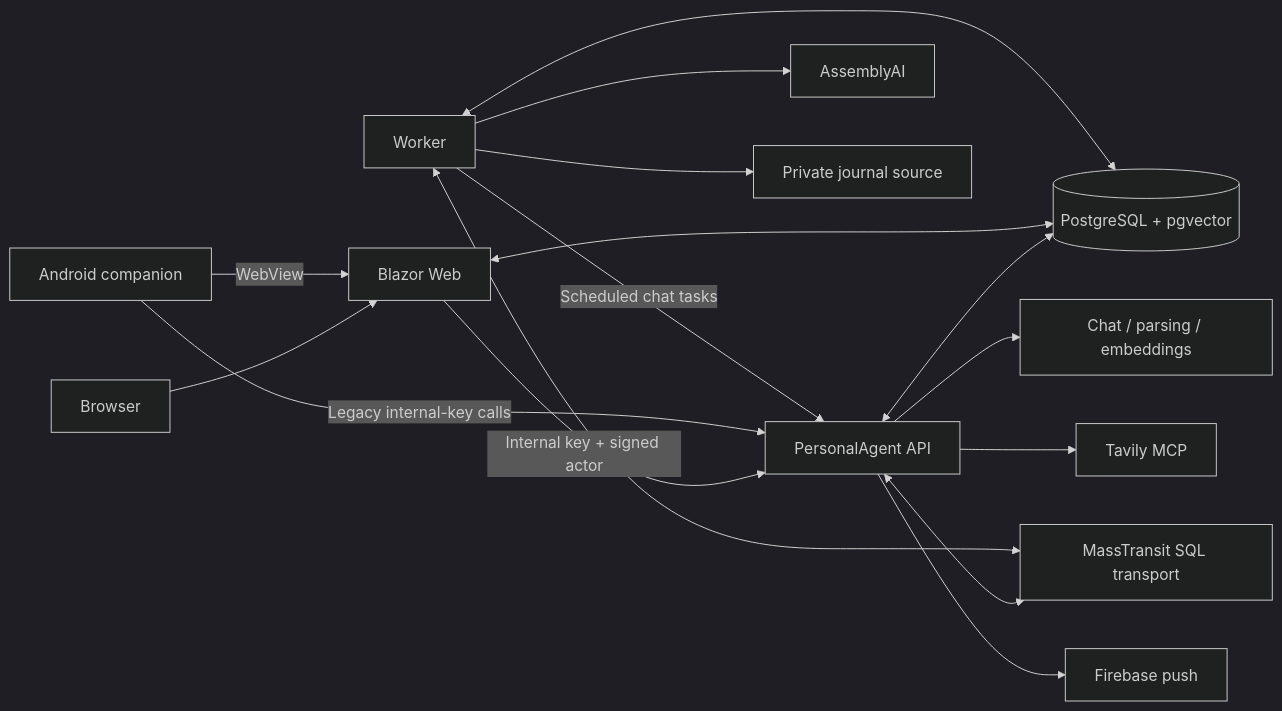
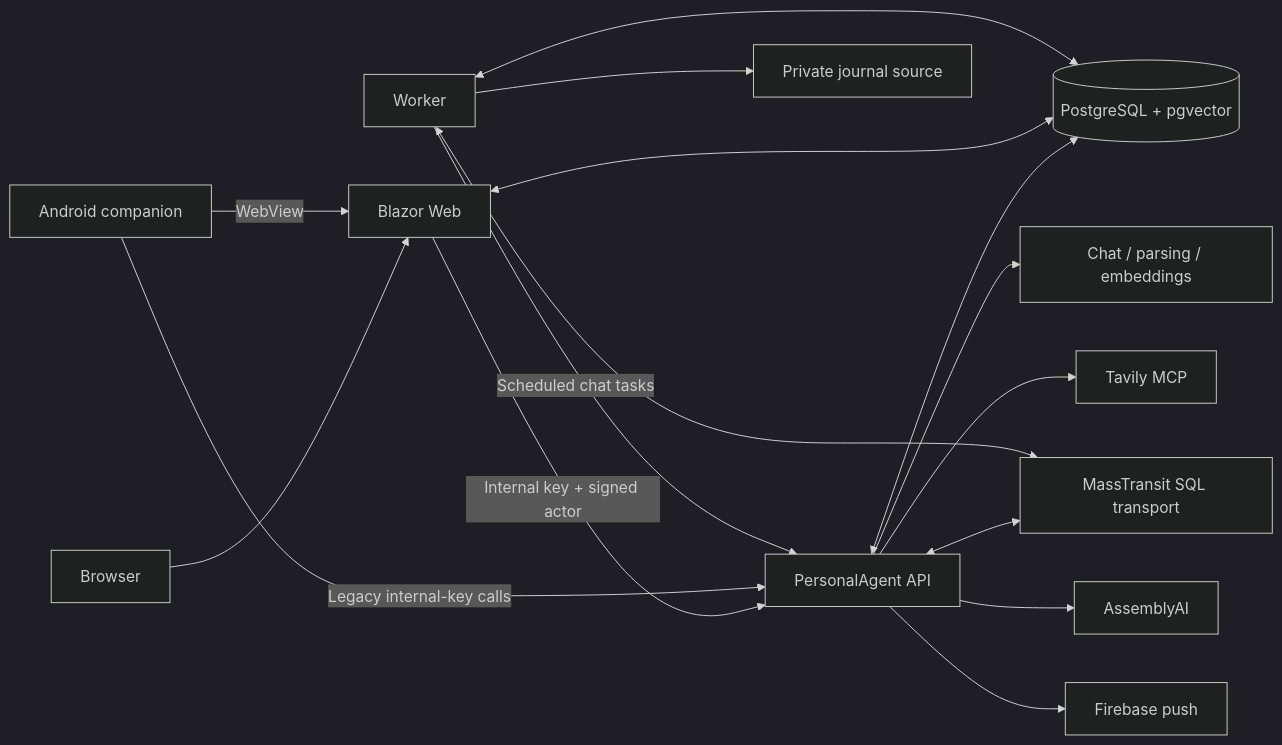
Before and after one commit to memarino92/AgentPlayground: the diagram in docs/architecture.md, drawn with Mermaid (dark theme). The commit also changed other lines of this file and 32 other files, not shown here.

````diff
--- a/docs/architecture.md
+++ b/docs/architecture.md
@@ -5,18 +5,18 @@
 ```mermaid
 flowchart LR
     Browser --> Web[Blazor Web]
     Web -->|Internal key + signed actor| API[PersonalAgent API]
     Mobile[Android companion] -->|Legacy internal-key calls| API
     Mobile -->|WebView| Web
     API --> Models[Chat / parsing / embeddings]
     API --> MCP[Tavily MCP]
     API <--> DB[(PostgreSQL + pgvector)]
     Web <--> DB
     Worker[Worker] <--> DB
     API <--> Bus[MassTransit SQL transport]
     Worker <--> Bus
     Worker -->|Scheduled chat tasks| API
-    Worker --> AssemblyAI
+    API --> AssemblyAI
     Worker --> GitHub[Private journal source]
     API --> FCM[Firebase push]
 ```
````
